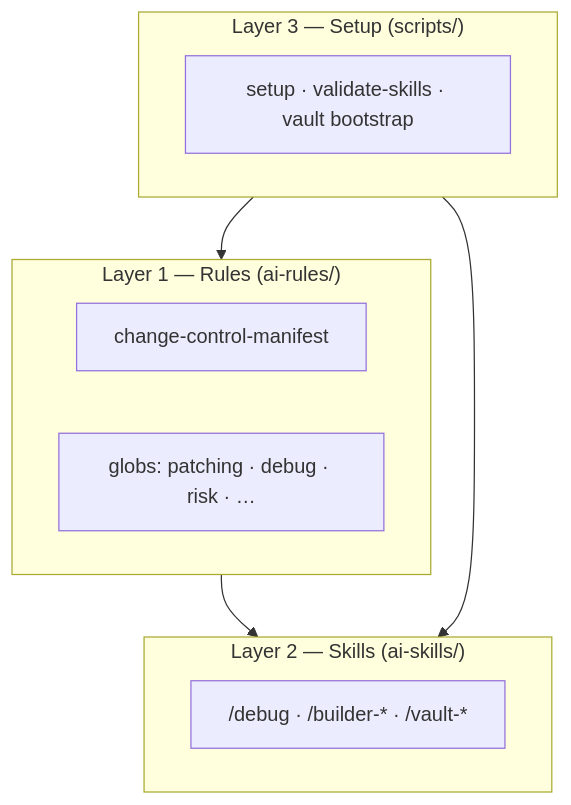
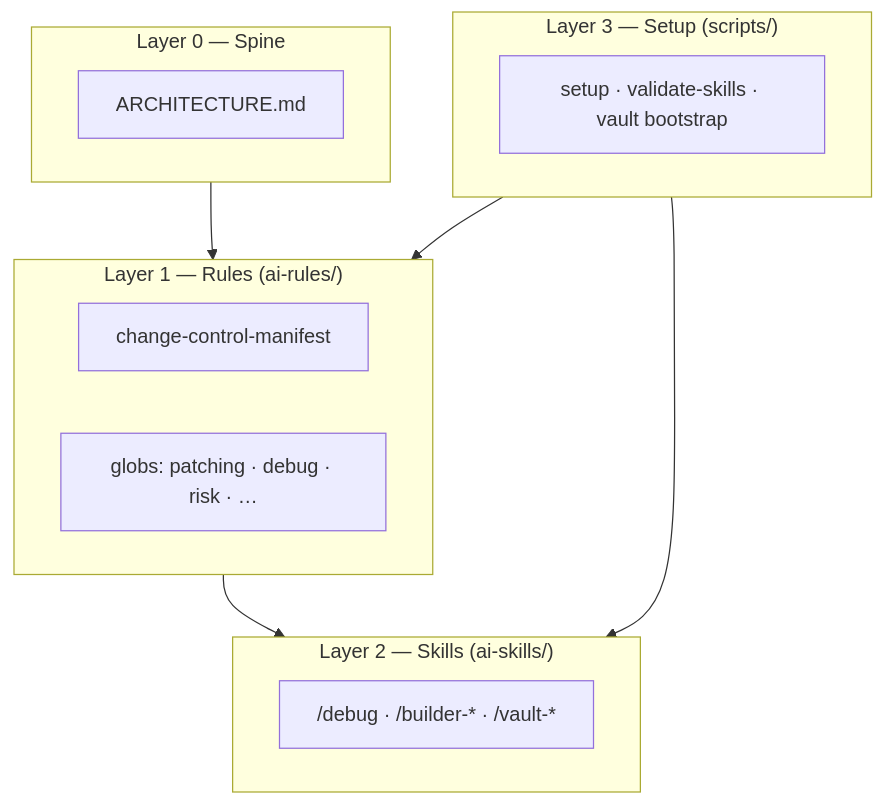
One commit to kornthiwars/SKILLS-AI changed the second of 2 diagrams in README.md. Above: the diagram before and after it, drawn with Mermaid. The commit also changed other lines of this file and 14 other files, not shown here.

````diff
--- a/README.md
+++ b/README.md
@@ -108,16 +108,20 @@
 ```mermaid
 flowchart TB
+  subgraph L0["Layer 0 — Spine"]
+    A[ARCHITECTURE.md]
+  end
   subgraph L1["Layer 1 — Rules (ai-rules/)"]
     M[change-control-manifest]
     G[globs: patching · debug · risk · …]
   end
   subgraph L2["Layer 2 — Skills (ai-skills/)"]
     SK["/debug · /builder-* · /vault-*"]
   end
   subgraph L3["Layer 3 — Setup (scripts/)"]
     SET[setup · validate-skills · vault bootstrap]
   end
+  L0 --> L1
   L1 --> L2
   L3 --> L1
   L3 --> L2
 ```
````
